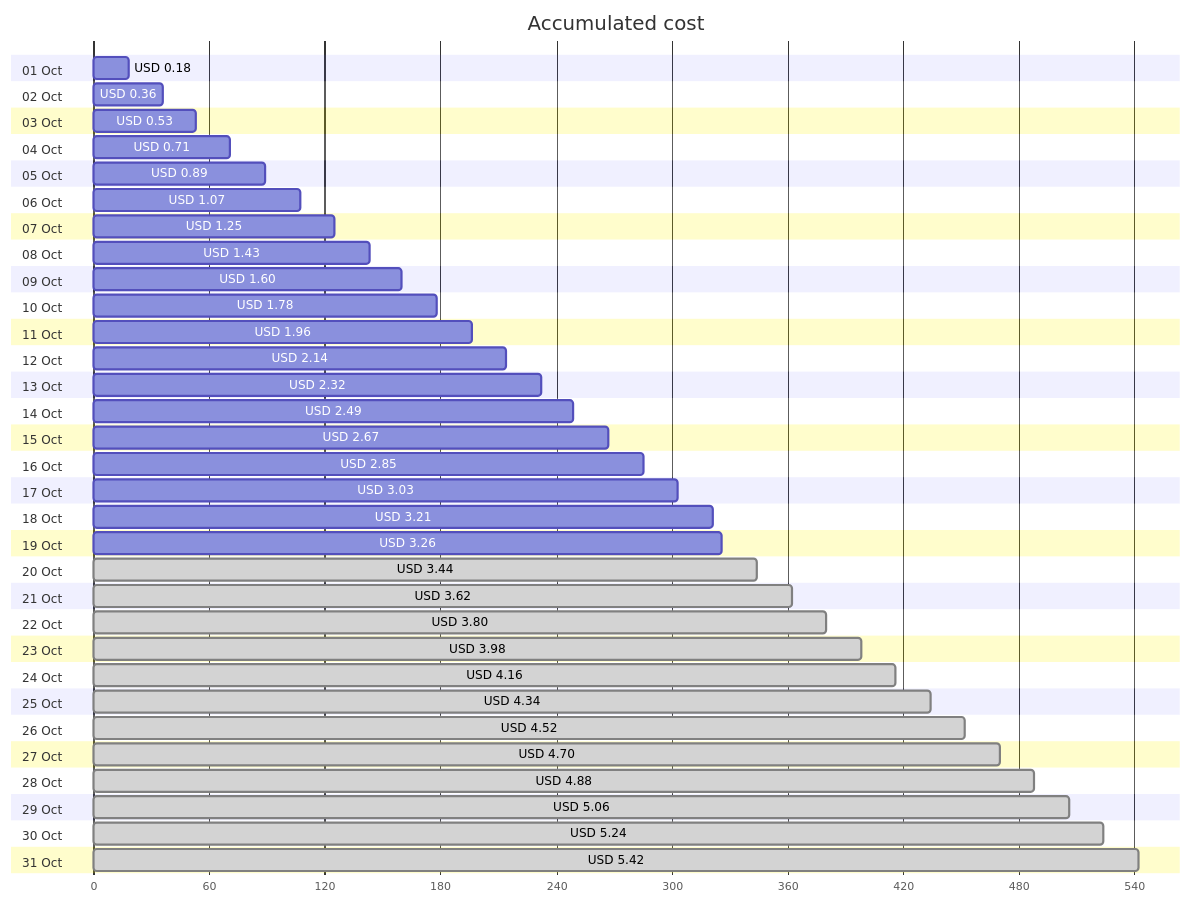
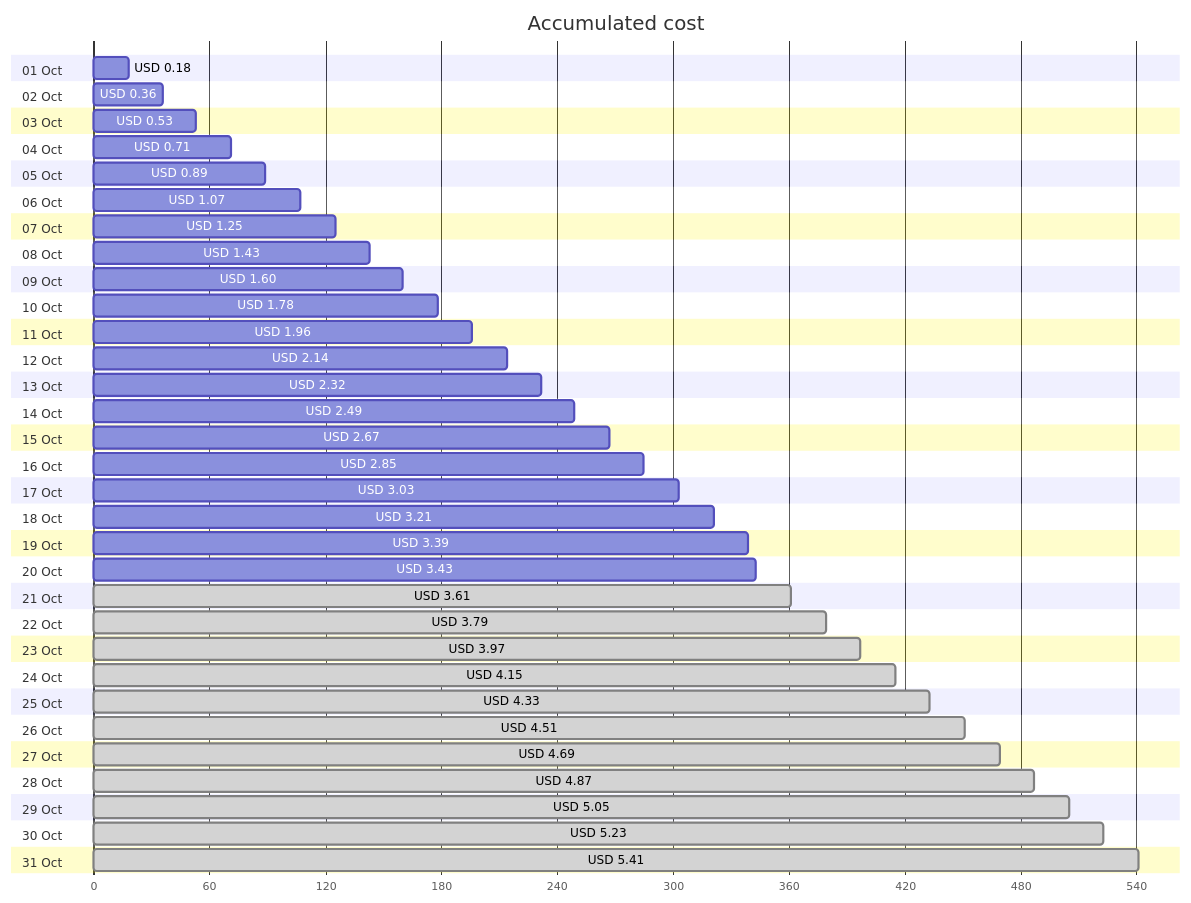
One commit to jpfulton/azure-personal-reports changed the first of 4 diagrams in cost-reports/personal-network/backup-server.md. Above: the diagram before and after it, drawn with Mermaid. The commit also changed other lines of this file and 8 other files, not shown here.

````diff
--- a/cost-reports/personal-network/backup-server.md
+++ b/cost-reports/personal-network/backup-server.md
@@ -20,68 +20,68 @@
 ```mermaid
 gantt
    title Accumulated cost
    dateFormat  X
    axisFormat %s
    section 01 Oct
    USD 0.18 :0, 18
    section 02 Oct
    USD 0.36 :0, 36
    section 03 Oct
    USD 0.53 :0, 53
    section 04 Oct
    USD 0.71 :0, 71
    section 05 Oct
    USD 0.89 :0, 89
    section 06 Oct
    USD 1.07 :0, 107
    section 07 Oct
    USD 1.25 :0, 125
    section 08 Oct
    USD 1.43 :0, 143
    section 09 Oct
    USD 1.60 :0, 160
    section 10 Oct
    USD 1.78 :0, 178
    section 11 Oct
    USD 1.96 :0, 196
    section 12 Oct
    USD 2.14 :0, 214
    section 13 Oct
    USD 2.32 :0, 232
    section 14 Oct
    USD 2.49 :0, 249
    section 15 Oct
    USD 2.67 :0, 267
    section 16 Oct
    USD 2.85 :0, 285
    section 17 Oct
    USD 3.03 :0, 303
    section 18 Oct
    USD 3.21 :0, 321
    section 19 Oct
-   USD 3.26 :0, 326
+   USD 3.39 :0, 339
    section 20 Oct
-   USD 3.44 : done, 0, 344
+   USD 3.43 :0, 343
    section 21 Oct
-   USD 3.62 : done, 0, 362
+   USD 3.61 : done, 0, 361
    section 22 Oct
-   USD 3.80 : done, 0, 380
+   USD 3.79 : done, 0, 379
    section 23 Oct
-   USD 3.98 : done, 0, 398
+   USD 3.97 : done, 0, 397
    section 24 Oct
-   USD 4.16 : done, 0, 416
+   USD 4.15 : done, 0, 415
    section 25 Oct
-   USD 4.34 : done, 0, 434
+   USD 4.33 : done, 0, 433
    section 26 Oct
-   USD 4.52 : done, 0, 452
+   USD 4.51 : done, 0, 451
    section 27 Oct
-   USD 4.70 : done, 0, 470
+   USD 4.69 : done, 0, 469
    section 28 Oct
-   USD 4.88 : done, 0, 488
+   USD 4.87 : done, 0, 487
    section 29 Oct
-   USD 5.06 : done, 0, 506
+   USD 5.05 : done, 0, 505
    section 30 Oct
-   USD 5.24 : done, 0, 524
+   USD 5.23 : done, 0, 523
    section 31 Oct
-   USD 5.42 : done, 0, 542
+   USD 5.41 : done, 0, 541
 ```
````
